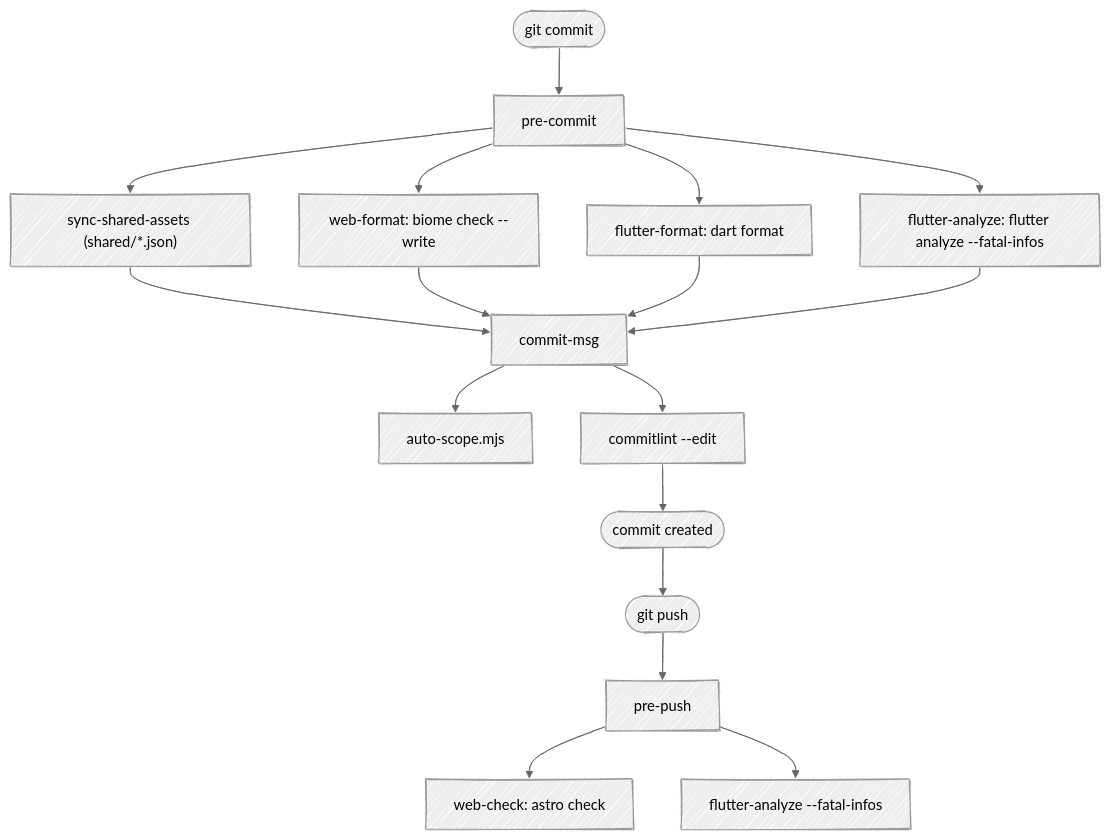
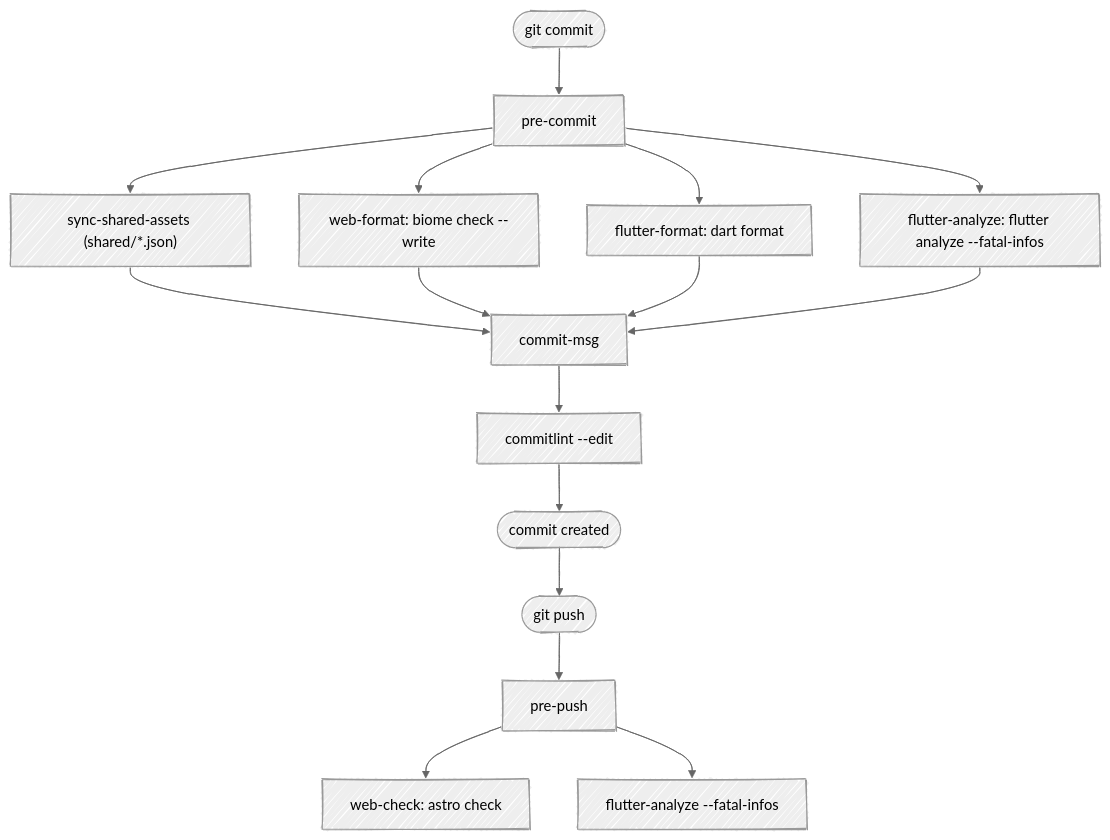
One commit to fbuireu/contribKit changed the diagram in docs/wiki/Git-Hooks.md. Above: the diagram before and after it, drawn with Mermaid. The commit also changed other lines of this file and 246 other files, not shown here.

Commit message:
Refactor/architecture pass 3 (#121)

````diff
--- a/docs/wiki/Git-Hooks.md
+++ b/docs/wiki/Git-Hooks.md
@@ -38,20 +37,19 @@
 ```mermaid
 ---
 config:
   look: handDrawn
   theme: neutral
 ---
 flowchart TD
     commit(["git commit"]) --> pc["pre-commit"]
     pc --> sync["sync-shared-assets (shared/*.json)"]
     pc --> webfmt["web-format: biome check --write"]
     pc --> dartfmt["flutter-format: dart format"]
     pc --> analyze["flutter-analyze: flutter analyze --fatal-infos"]
     sync & webfmt & dartfmt & analyze --> cm["commit-msg"]
-    cm --> scope["auto-scope.mjs"]
     cm --> lint["commitlint --edit"]
     lint --> done(["commit created"])
     done --> push(["git push"]) --> pp["pre-push"]
     pp --> webcheck["web-check: astro check"]
     pp --> dartcheck["flutter-analyze --fatal-infos"]
 ```
````
